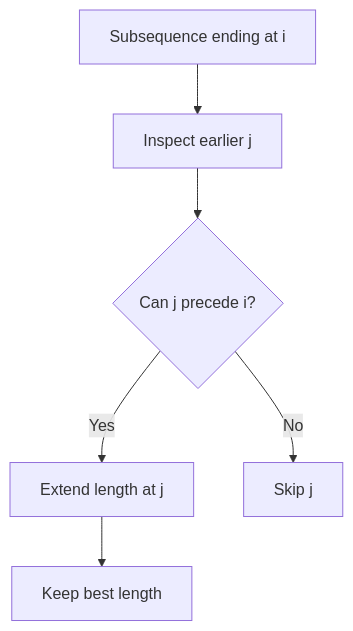
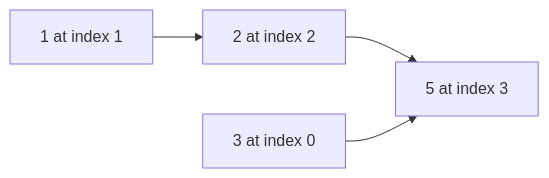
One commit to gaurav1kr/Miscellaneous changed the diagram in DSA/DP/DP_Mathematics_Master_Guide_Illustrated/Theory/Chapter-05.md. Above: the diagram before and after it, drawn with Mermaid. The commit also changed other lines of this file and 320 other files, not shown here.

````diff
--- a/DSA/DP/DP_Mathematics_Master_Guide_Illustrated/Theory/Chapter-05.md
+++ b/DSA/DP/DP_Mathematics_Master_Guide_Illustrated/Theory/Chapter-05.md
@@ -17,8 +25,6 @@
 ```mermaid
-flowchart TD
- A["Subsequence ending at i"] --> B["Inspect earlier j"]
- B --> C{"Can j precede i?"}
- C -->|Yes| D["Extend length at j"]
- C -->|No| E["Skip j"]
- D --> F["Keep best length"]
+flowchart LR
+ A["1 at index 1"] --> B["2 at index 2"]
+ B --> C["5 at index 3"]
+ D["3 at index 0"] --> C
 ```
````
